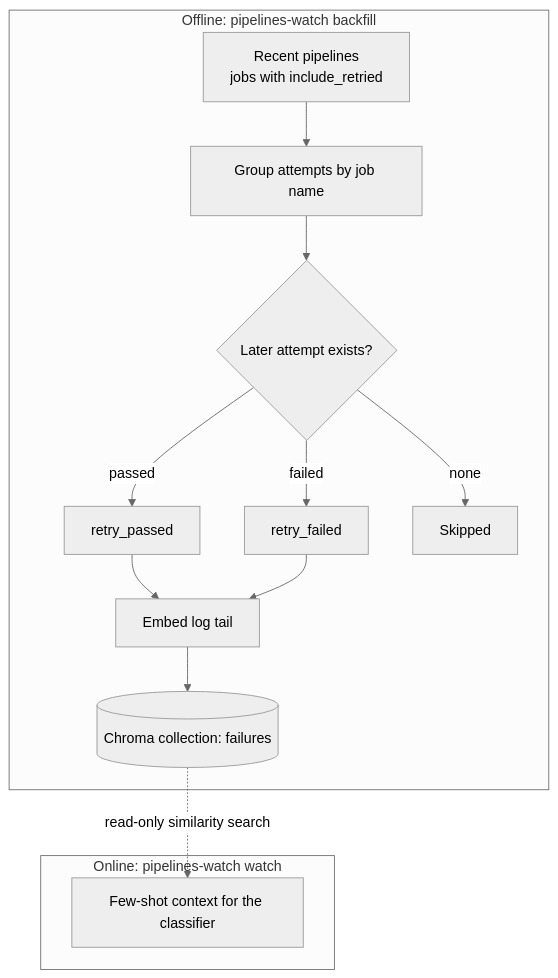
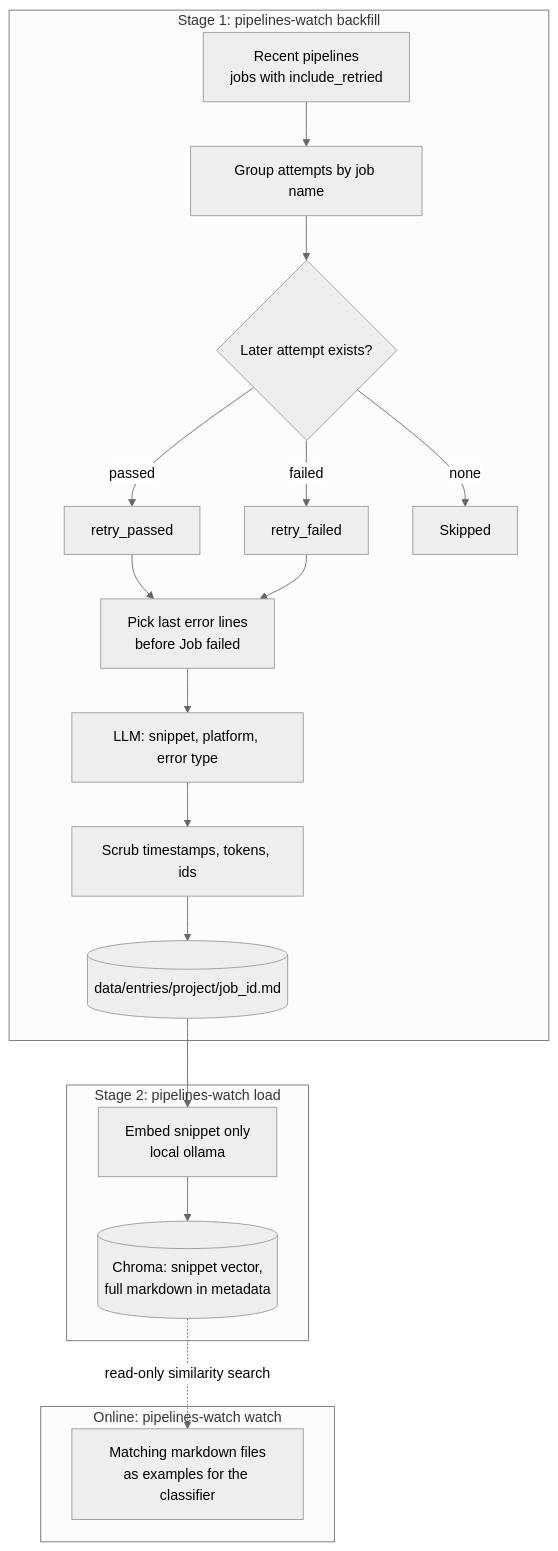
The third of 4 diagrams in ARCHITECTURE.md (vicentebolea/gitlab-pipelines-watch), drawn with Mermaid (neutral theme) before and after one commit. The commit also changed other lines of this file and 11 other files, not shown here.

First line of the commit message:
Build the corpus offline as markdown entries with LLM extraction

````diff
--- a/ARCHITECTURE.md
+++ b/ARCHITECTURE.md
@@ -107,17 +105,24 @@
 ```mermaid
 flowchart TD
-    subgraph OFF[Offline: pipelines-watch backfill]
+    subgraph S1[Stage 1: pipelines-watch backfill]
         H[Recent pipelines<br/>jobs with include_retried] --> G[Group attempts by job name]
         G --> O1{Later attempt exists?}
         O1 -- passed --> R1[retry_passed]
         O1 -- failed --> R2[retry_failed]
         O1 -- none --> X[Skipped]
-        R1 --> E[Embed log tail]
-        R2 --> E
-        E --> V[(Chroma collection: failures)]
+        R1 --> HINT[Pick last error lines<br/>before Job failed]
+        R2 --> HINT
+        HINT --> EX[LLM: snippet, platform, error type]
+        EX --> SC[Scrub timestamps, tokens, ids]
+        SC --> MD[(data/entries/project/job_id.md)]
+    end
+
+    subgraph S2[Stage 2: pipelines-watch load]
+        MD --> EMB[Embed snippet only<br/>local ollama]
+        EMB --> V[(Chroma: snippet vector,<br/>full markdown in metadata)]
     end
 
     subgraph ON[Online: pipelines-watch watch]
-        V -. read-only similarity search .-> RET[Few-shot context for the classifier]
+        V -. read-only similarity search .-> RET[Matching markdown files<br/>as examples for the classifier]
     end
 ```
````
